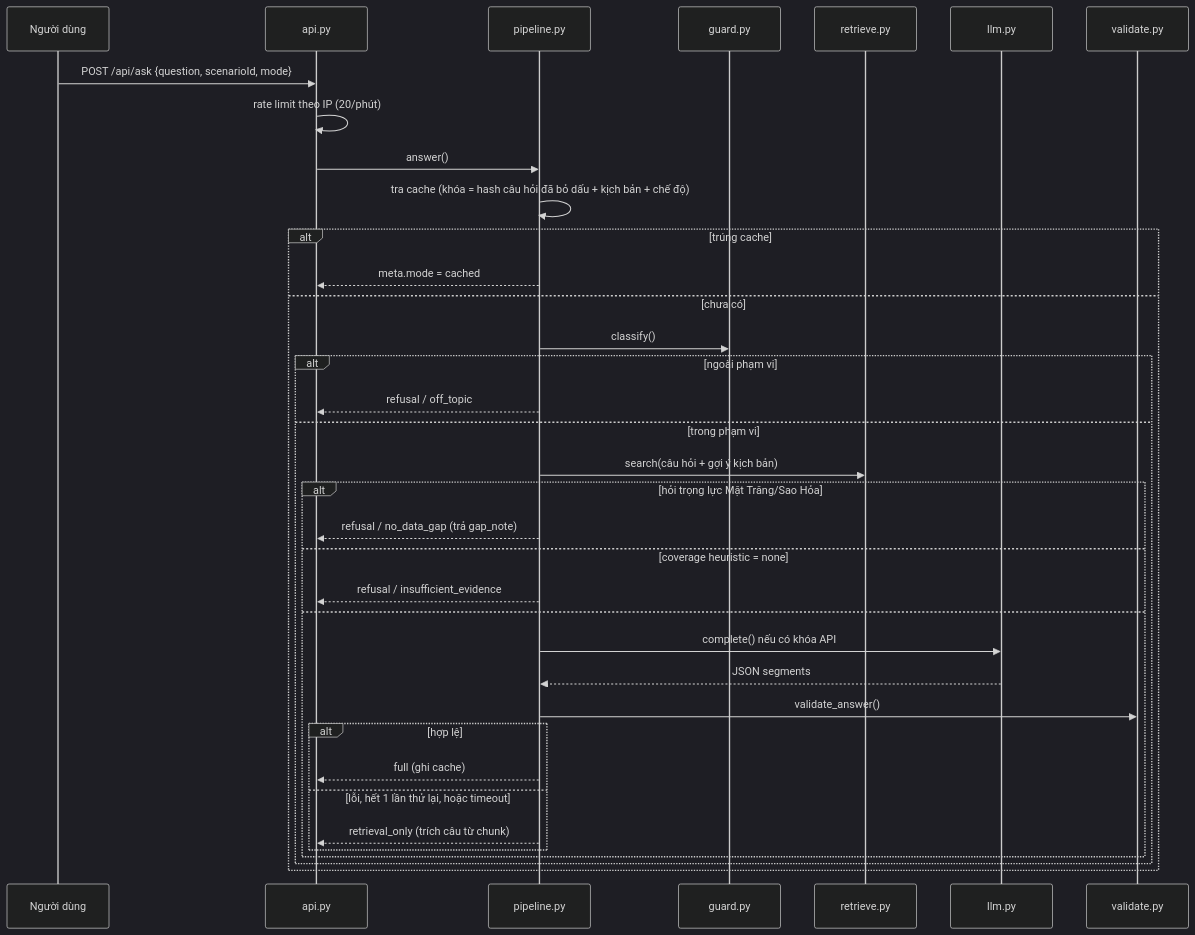
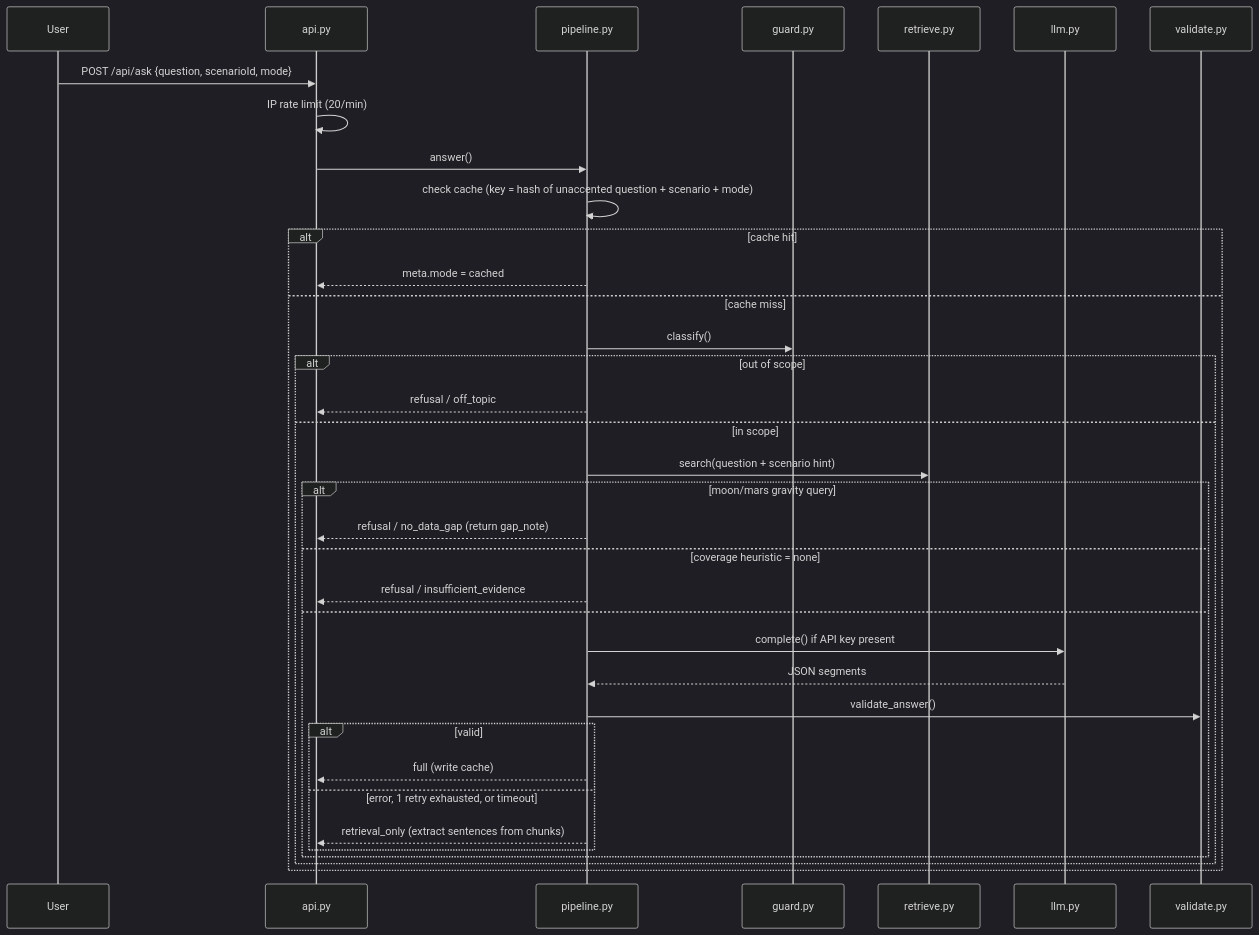
The third of 3 diagrams in playbook-rag/docs/ARCHITECTURE.md (bachkhmt/TourbillionSG-FlameInFreefall), drawn with Mermaid (dark theme) before and after one commit. The commit also changed other lines of this file and 53 other files, not shown here.

````diff
--- a/playbook-rag/docs/ARCHITECTURE.md
+++ b/playbook-rag/docs/ARCHITECTURE.md
@@ -85,38 +85,38 @@
 ```mermaid
 sequenceDiagram
-  participant U as Người dùng
+  participant U as User
   participant A as api.py
   participant P as pipeline.py
   participant G as guard.py
   participant R as retrieve.py
   participant L as llm.py
   participant V as validate.py
   U->>A: POST /api/ask {question, scenarioId, mode}
-  A->>A: rate limit theo IP (20/phút)
+  A->>A: IP rate limit (20/min)
   A->>P: answer()
-  P->>P: tra cache (khóa = hash câu hỏi đã bỏ dấu + kịch bản + chế độ)
-  alt trúng cache
+  P->>P: check cache (key = hash of unaccented question + scenario + mode)
+  alt cache hit
     P-->>A: meta.mode = cached
-  else chưa có
+  else cache miss
     P->>G: classify()
-    alt ngoài phạm vi
+    alt out of scope
       P-->>A: refusal / off_topic
-    else trong phạm vi
-      P->>R: search(câu hỏi + gợi ý kịch bản)
-      alt hỏi trọng lực Mặt Trăng/Sao Hỏa
-        P-->>A: refusal / no_data_gap (trả gap_note)
+    else in scope
+      P->>R: search(question + scenario hint)
+      alt moon/mars gravity query
+        P-->>A: refusal / no_data_gap (return gap_note)
       else coverage heuristic = none
         P-->>A: refusal / insufficient_evidence
       else
-        P->>L: complete() nếu có khóa API
+        P->>L: complete() if API key present
         L-->>P: JSON segments
         P->>V: validate_answer()
-        alt hợp lệ
-          P-->>A: full (ghi cache)
-        else lỗi, hết 1 lần thử lại, hoặc timeout
-          P-->>A: retrieval_only (trích câu từ chunk)
+        alt valid
+          P-->>A: full (write cache)
+        else error, 1 retry exhausted, or timeout
+          P-->>A: retrieval_only (extract sentences from chunks)
         end
       end
     end
   end
 ```
````
